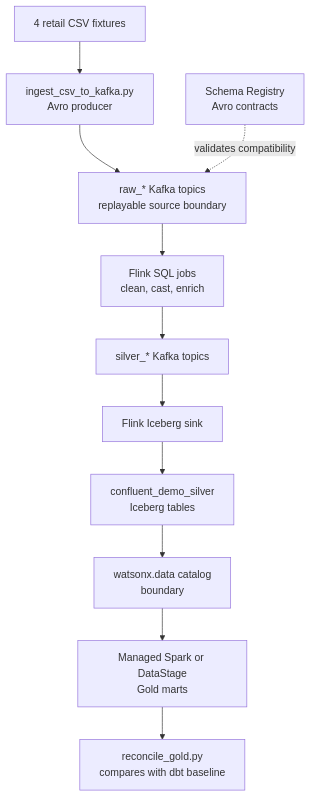
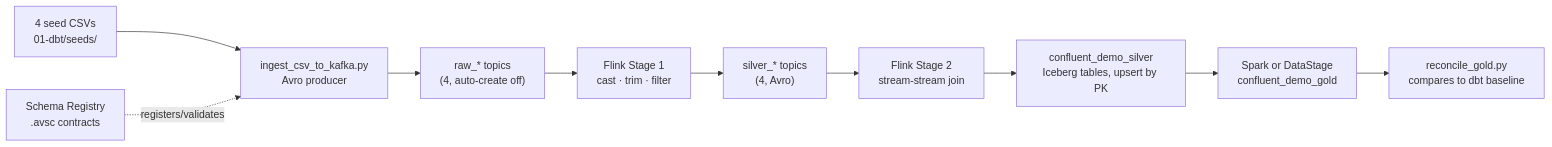
The second of 3 diagrams in docs/demo/streaming.md (aseelert/ibmas-watsonxdata-dbt), drawn with Mermaid before and after one commit. The commit also changed other lines of this file and 15 other files, not shown here.

First line of the commit message:
Add Enterprise docs section and deepen dbt/Spark/Confluent flow pages

````diff
--- a/docs/demo/streaming.md
+++ b/docs/demo/streaming.md
@@ -55,13 +186,12 @@
 ```mermaid
-flowchart TB
-  csv["4 retail CSV fixtures"] --> producer["ingest_csv_to_kafka.py\nAvro producer"]
-  producer --> raw["raw_* Kafka topics\nreplayable source boundary"]
-  registry["Schema Registry\nAvro contracts"] -. "validates compatibility" .-> raw
-  raw --> flink["Flink SQL jobs\nclean, cast, enrich"]
-  flink --> silver_topics["silver_* Kafka topics"]
-  silver_topics --> sink["Flink Iceberg sink"]
-  sink --> silver_tables["confluent_demo_silver\nIceberg tables"]
-  silver_tables --> register["watsonx.data catalog\nboundary"]
-  register --> gold["Managed Spark or DataStage\nGold marts"]
-  gold --> compare["reconcile_gold.py\ncompares with dbt baseline"]
+flowchart LR
+  csv["4 seed CSVs\n01-dbt/seeds/"] --> producer["ingest_csv_to_kafka.py\nAvro producer"]
+  registry["Schema Registry\n.avsc contracts"] -. registers/validates .-> producer
+  producer --> raw["raw_* topics\n(4, auto-create off)"]
+  raw --> stage1["Flink Stage 1\ncast · trim · filter"]
+  stage1 --> silvertopics["silver_* topics\n(4, Avro)"]
+  silvertopics --> stage2["Flink Stage 2\nstream-stream join"]
+  stage2 --> iceberg["confluent_demo_silver\nIceberg tables, upsert by PK"]
+  iceberg --> gold["Spark or DataStage\nconfluent_demo_gold"]
+  gold --> reconcile["reconcile_gold.py\ncompares to dbt baseline"]
 ```
````
